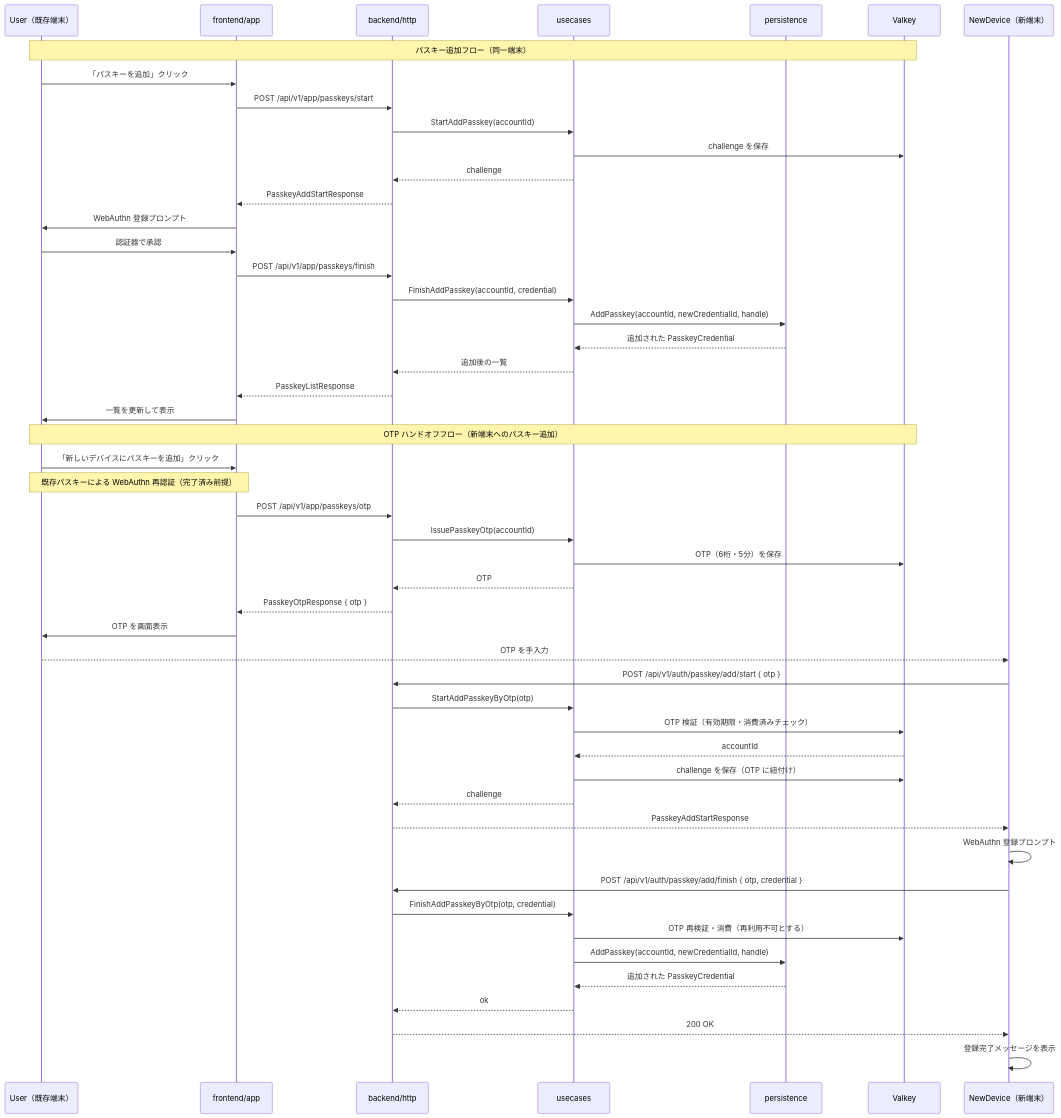
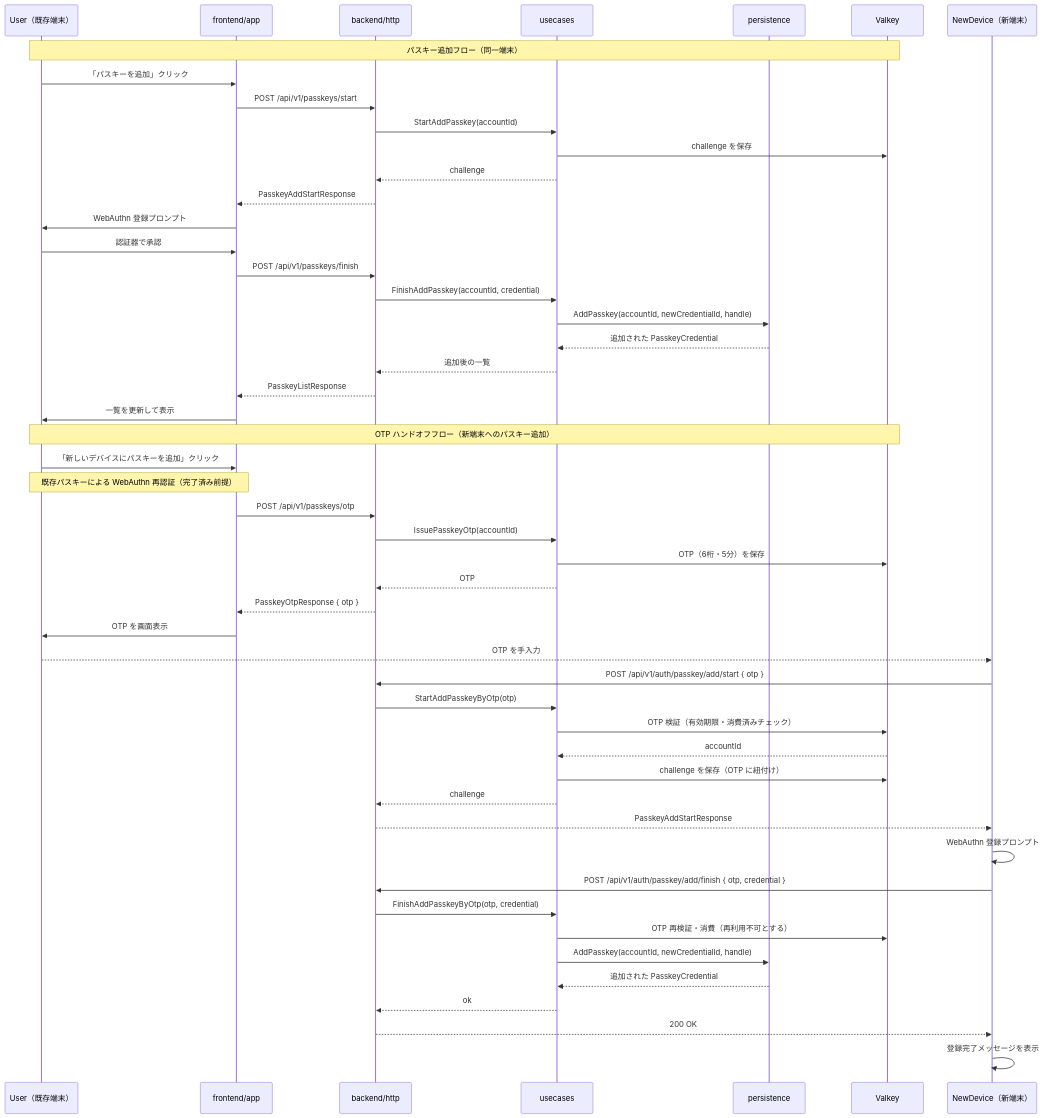
Before and after one commit to witwire-net/www-template: the third of 6 diagrams in openspec/changes/multi-passkey-management/design.md, drawn with Mermaid. The commit also changed other lines of this file and 83 other files, not shown here.

````diff
--- a/openspec/changes/multi-passkey-management/design.md
+++ b/openspec/changes/multi-passkey-management/design.md
@@ -141,55 +141,55 @@
 ```mermaid
 sequenceDiagram
   participant U as User（既存端末）
   participant FE as frontend/app
   participant BE as backend/http
   participant SVC as usecases
   participant DB as persistence
   participant VK as Valkey
 
   Note over U,VK: パスキー追加フロー（同一端末）
   U->>FE: 「パスキーを追加」クリック
-  FE->>BE: POST /api/v1/app/passkeys/start
+  FE->>BE: POST /api/v1/passkeys/start
   BE->>SVC: StartAddPasskey(accountId)
   SVC->>VK: challenge を保存
   SVC-->>BE: challenge
   BE-->>FE: PasskeyAddStartResponse
   FE->>U: WebAuthn 登録プロンプト
   U->>FE: 認証器で承認
-  FE->>BE: POST /api/v1/app/passkeys/finish
+  FE->>BE: POST /api/v1/passkeys/finish
   BE->>SVC: FinishAddPasskey(accountId, credential)
   SVC->>DB: AddPasskey(accountId, newCredentialId, handle)
   DB-->>SVC: 追加された PasskeyCredential
   SVC-->>BE: 追加後の一覧
   BE-->>FE: PasskeyListResponse
   FE->>U: 一覧を更新して表示
 
   Note over U,VK: OTP ハンドオフフロー（新端末へのパスキー追加）
   U->>FE: 「新しいデバイスにパスキーを追加」クリック
   Note over U,FE: 既存パスキーによる WebAuthn 再認証（完了済み前提）
-  FE->>BE: POST /api/v1/app/passkeys/otp
+  FE->>BE: POST /api/v1/passkeys/otp
   BE->>SVC: IssuePasskeyOtp(accountId)
   SVC->>VK: OTP（6桁・5分）を保存
   SVC-->>BE: OTP
   BE-->>FE: PasskeyOtpResponse { otp }
   FE->>U: OTP を画面表示
 
   participant ND as NewDevice（新端末）
   U-->>ND: OTP を手入力
   ND->>BE: POST /api/v1/auth/passkey/add/start { otp }
   BE->>SVC: StartAddPasskeyByOtp(otp)
   SVC->>VK: OTP 検証（有効期限・消費済みチェック）
   VK-->>SVC: accountId
   SVC->>VK: challenge を保存（OTP に紐付け）
   SVC-->>BE: challenge
   BE-->>ND: PasskeyAddStartResponse
   ND->>ND: WebAuthn 登録プロンプト
   ND->>BE: POST /api/v1/auth/passkey/add/finish { otp, credential }
   BE->>SVC: FinishAddPasskeyByOtp(otp, credential)
   SVC->>VK: OTP 再検証・消費（再利用不可とする）
   SVC->>DB: AddPasskey(accountId, newCredentialId, handle)
   DB-->>SVC: 追加された PasskeyCredential
   SVC-->>BE: ok
   BE-->>ND: 200 OK
   ND->>ND: 登録完了メッセージを表示
 ```
````
